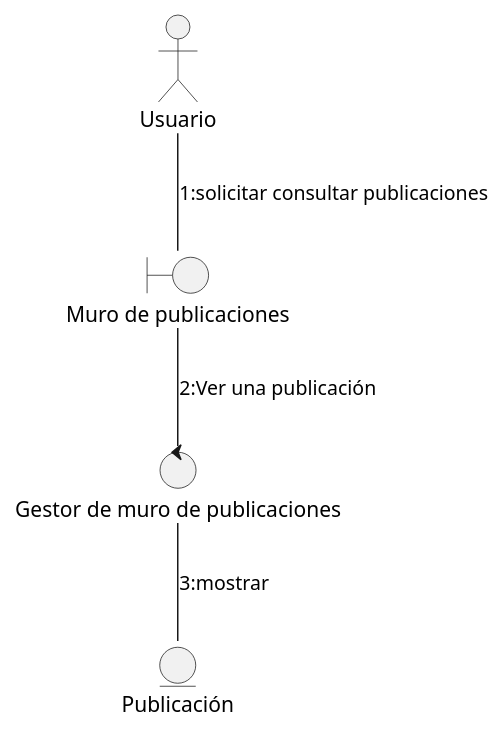
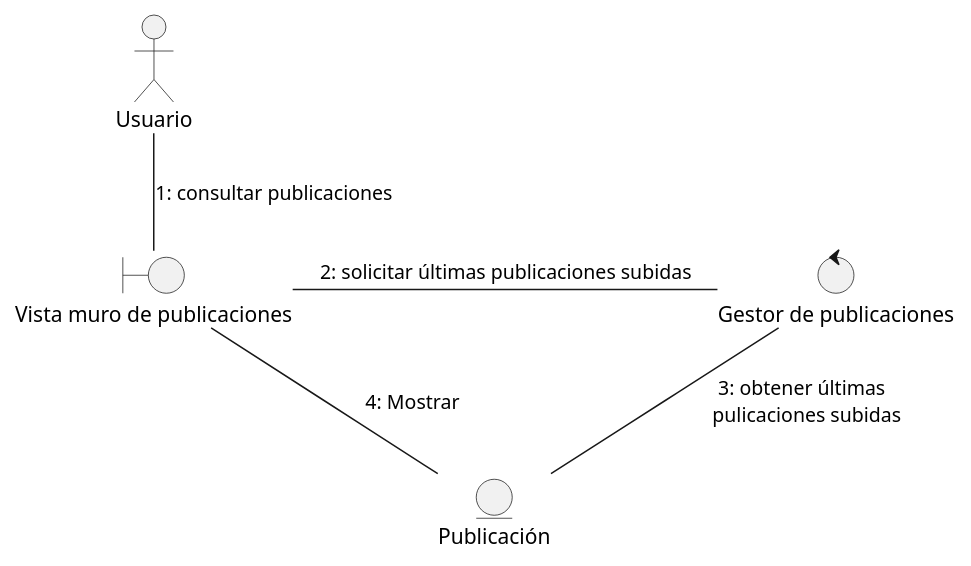
One commit to Dayannis-07/ING_SOFT changed the diagram in docs/scenariosView/collaborationDiagram/useCase-ConsultarPublicaciones.puml. Above: the diagram before and after it, drawn with PlantUML. The commit also changed 14 other files, not shown here.

Commit message:
Analysis Class Diagram Corrections

```diff
--- a/docs/scenariosView/collaborationDiagram/useCase-ConsultarPublicaciones.puml
+++ b/docs/scenariosView/collaborationDiagram/useCase-ConsultarPublicaciones.puml
@@ -1,9 +1,10 @@
 @startuml consultar publicaciones
 actor Usuario
-boundary "Muro de publicaciones" as m
-Usuario--m :1:solicitar consultar publicaciones
-control "Gestor de muro de publicaciones" as g
-m--g :2:Ver una publicación
-entity "Publicación" as p
-g--p :3:mostrar
+boundary "Vista muro de publicaciones" as M
+Usuario--M :1: consultar publicaciones
+control "Gestor de publicaciones" as G
+M-r-G :2: solicitar últimas publicaciones subidas
+entity "Publicación" as P
+G--P :3: obtener últimas \n pulicaciones subidas
+P--M :4: Mostrar
 @enduml
```
